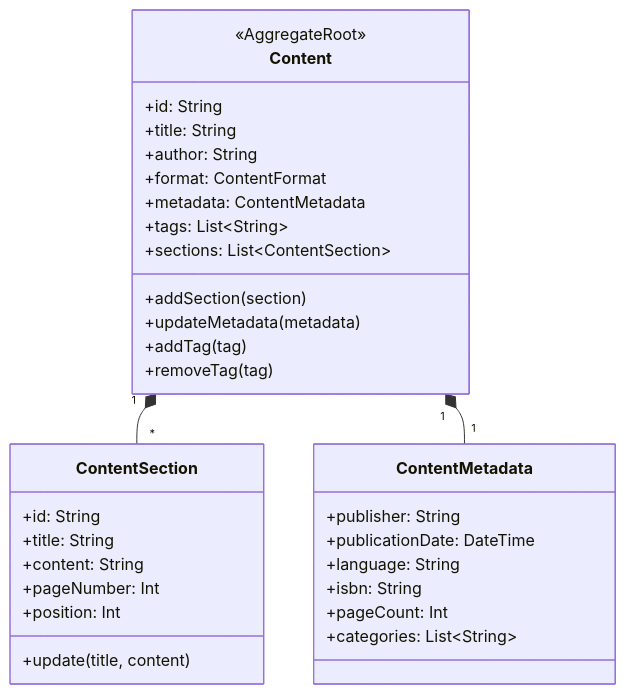
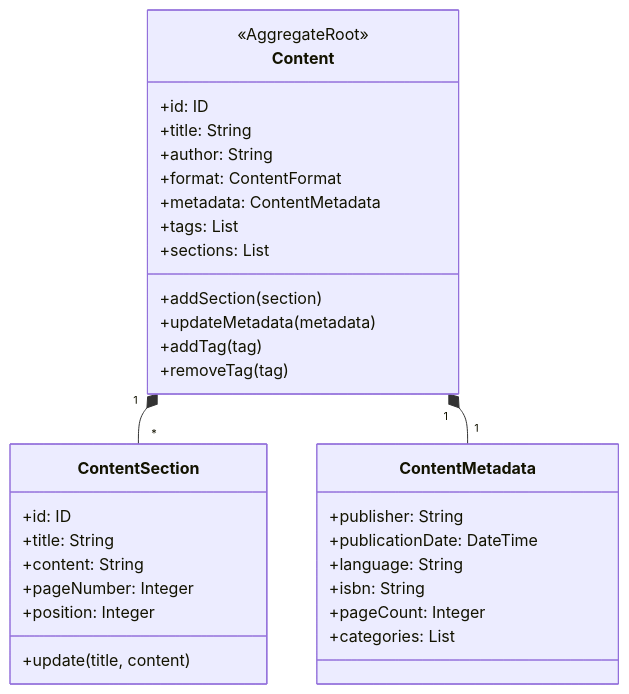
One commit to EnigmaWU/MyLLM_Arena changed the first of 5 diagrams in MyStartups/NextBook/docs/models/Aggregates.md. Above: the diagram before and after it, drawn with Mermaid. The commit also changed 3 other files, not shown here.

````diff
--- a/MyStartups/NextBook/docs/models/Aggregates.md
+++ b/MyStartups/NextBook/docs/models/Aggregates.md
@@ -19,38 +19,38 @@
 ```mermaid
 classDiagram
     class Content {
         <<AggregateRoot>>
-        +id: String
+        +id: ID
         +title: String
         +author: String
         +format: ContentFormat
         +metadata: ContentMetadata
-        +tags: List~String~
-        +sections: List~ContentSection~
+        +tags: List
+        +sections: List
         +addSection(section)
         +updateMetadata(metadata)
         +addTag(tag)
         +removeTag(tag)
     }
     
     class ContentSection {
-        +id: String
+        +id: ID
         +title: String
         +content: String
-        +pageNumber: Int
-        +position: Int
+        +pageNumber: Integer
+        +position: Integer
         +update(title, content)
     }
     
     class ContentMetadata {
         +publisher: String
         +publicationDate: DateTime
         +language: String
         +isbn: String
-        +pageCount: Int
-        +categories: List~String~
+        +pageCount: Integer
+        +categories: List
     }
     
     Content "1" *-- "*" ContentSection
     Content "1" *-- "1" ContentMetadata
 ```
````
